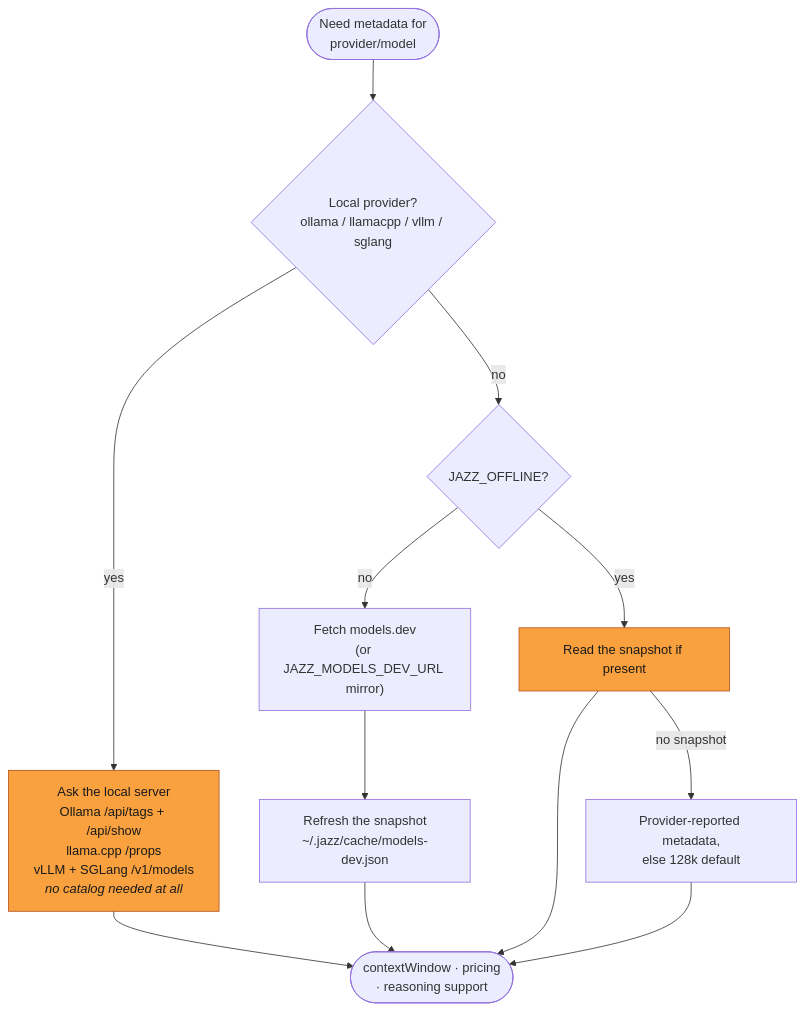
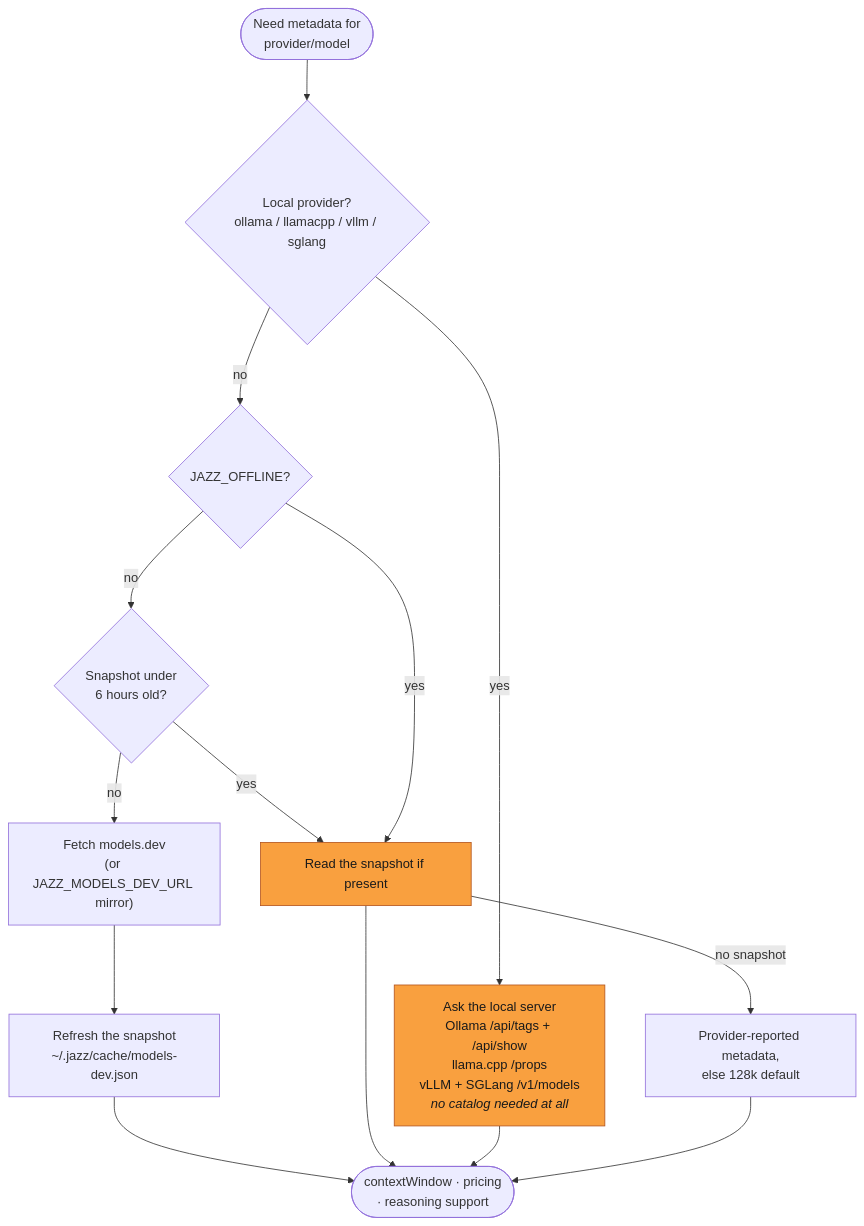
One commit to lvndry/jazz changed the second of 3 diagrams in docs/maintainers/add-a-provider.md. Above: the diagram before and after it, drawn with Mermaid. The commit also changed other lines of this file and 49 other files, not shown here.

````diff
--- a/docs/maintainers/add-a-provider.md
+++ b/docs/maintainers/add-a-provider.md
@@ -74,21 +74,23 @@
 ```mermaid
 flowchart TD
     NEED(["Need metadata for<br/>provider/model"]) --> LOCAL{"Local provider?<br/>ollama / llamacpp / vllm / sglang"}
 
     LOCAL -->|yes| ASK["Ask the local server<br/>Ollama /api/tags + /api/show<br/>llama.cpp /props<br/>vLLM + SGLang /v1/models<br/><i>no catalog needed at all</i>"]
     LOCAL -->|no| OFF{"JAZZ_OFFLINE?"}
 
-    OFF -->|no| FETCH["Fetch models.dev<br/>(or JAZZ_MODELS_DEV_URL mirror)"]
+    OFF -->|no| FRESH{"Snapshot under<br/>6 hours old?"}
+    FRESH -->|yes| READ
+    FRESH -->|no| FETCH["Fetch models.dev<br/>(or JAZZ_MODELS_DEV_URL mirror)"]
     FETCH --> SNAP["Refresh the snapshot<br/>~/.jazz/cache/models-dev.json"]
     OFF -->|yes| READ["Read the snapshot if present"]
 
     SNAP --> USE
     READ --> USE
     ASK --> USE
     READ -->|"no snapshot"| FALL["Provider-reported metadata,<br/>else 128k default"]
     FALL --> USE
     USE(["contextWindow · pricing<br/>· reasoning support"])
 
     classDef local fill:#f9a03f,stroke:#b3541e,color:#1a1a1a
     class ASK,READ local
 ```
````
